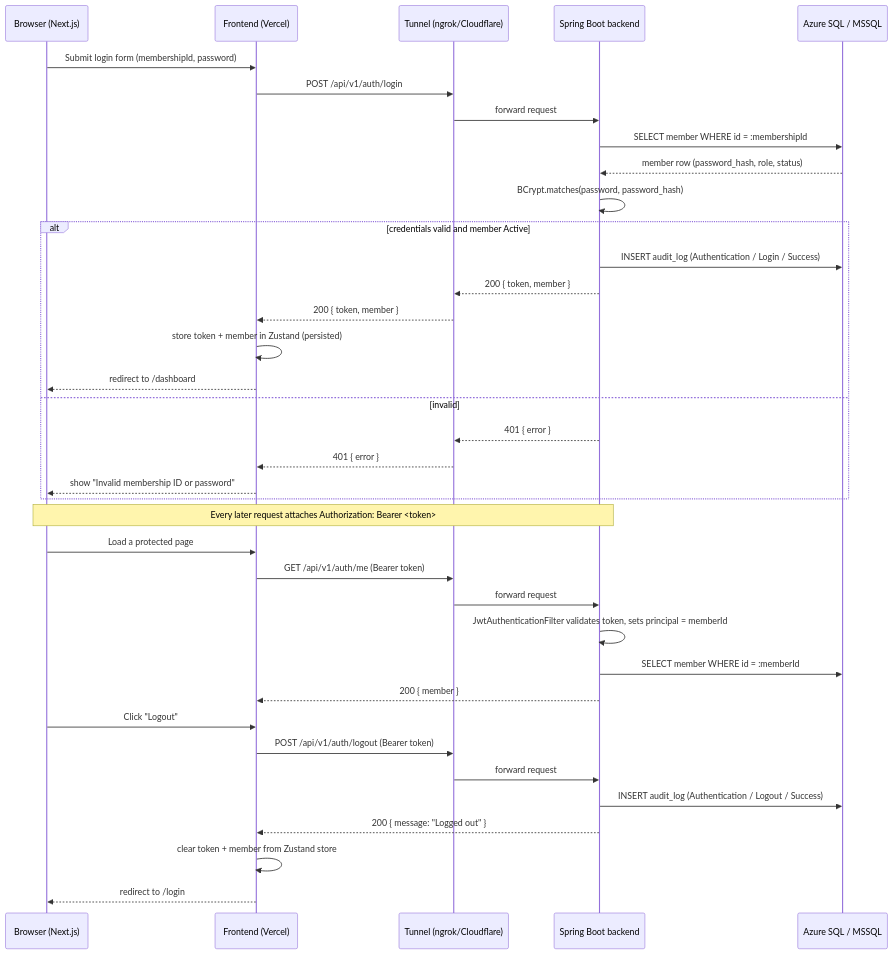
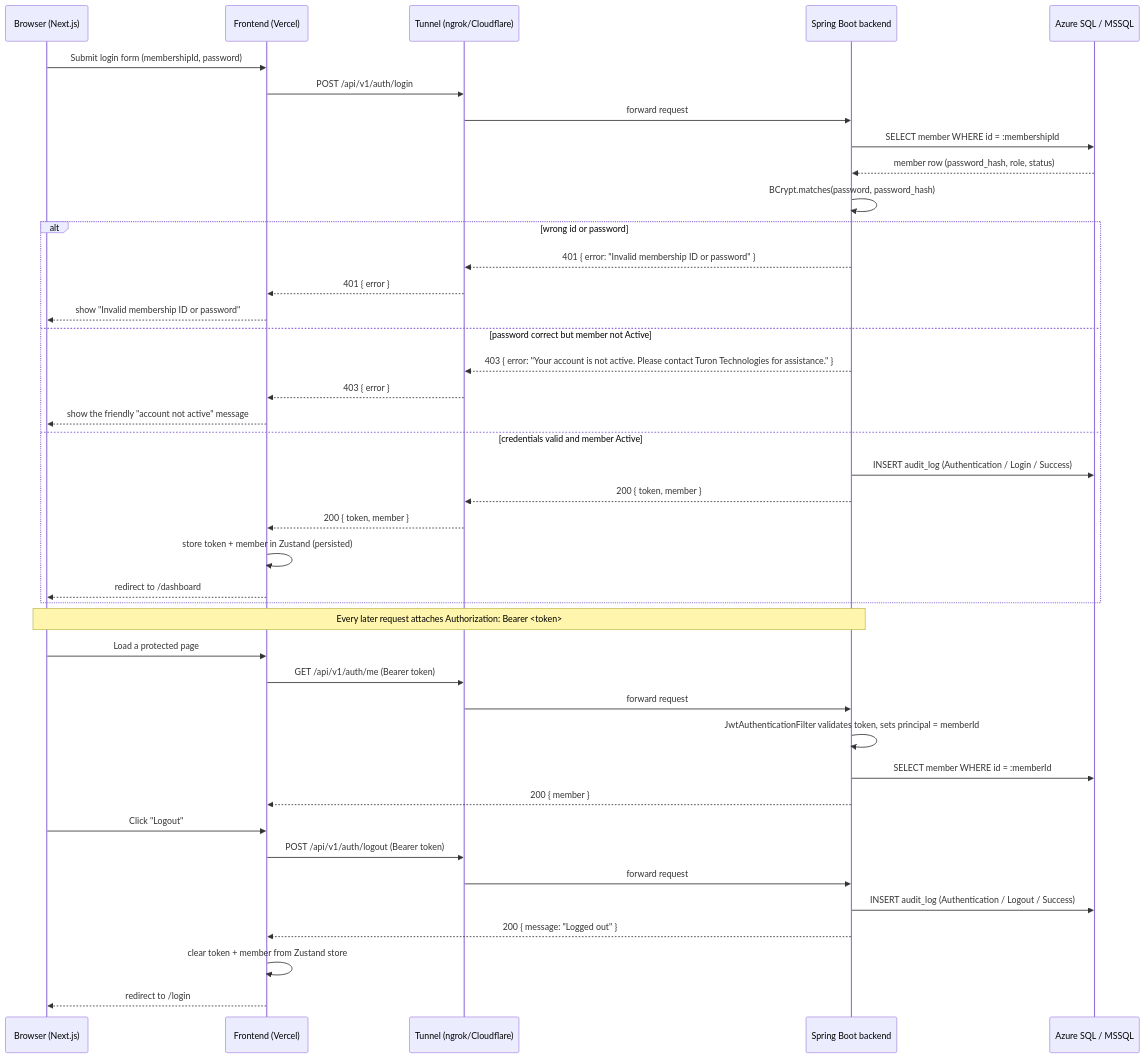
Before and after one commit to turontechnologies/t-coop-backend: the first of 5 diagrams in documentation/flows.md, drawn with Mermaid. The commit also changed other lines of this file and 10 other files, not shown here.

````diff
--- a/documentation/flows.md
+++ b/documentation/flows.md
@@ -9,42 +9,46 @@
 ```mermaid
 sequenceDiagram
     participant U as Browser (Next.js)
     participant F as Frontend (Vercel)
     participant T as Tunnel (ngrok/Cloudflare)
     participant B as Spring Boot backend
     participant DB as Azure SQL / MSSQL
 
     U->>F: Submit login form (membershipId, password)
     F->>T: POST /api/v1/auth/login
     T->>B: forward request
     B->>DB: SELECT member WHERE id = :membershipId
     DB-->>B: member row (password_hash, role, status)
     B->>B: BCrypt.matches(password, password_hash)
-    alt credentials valid and member Active
+    alt wrong id or password
+        B-->>T: 401 { error: "Invalid membership ID or password" }
+        T-->>F: 401 { error }
+        F-->>U: show "Invalid membership ID or password"
+    else password correct but member not Active
+        B-->>T: 403 { error: "Your account is not active. Please contact Turon Technologies for assistance." }
+        T-->>F: 403 { error }
+        F-->>U: show the friendly "account not active" message
+    else credentials valid and member Active
         B->>DB: INSERT audit_log (Authentication / Login / Success)
         B-->>T: 200 { token, member }
         T-->>F: 200 { token, member }
         F->>F: store token + member in Zustand (persisted)
         F-->>U: redirect to /dashboard
-    else invalid
-        B-->>T: 401 { error }
-        T-->>F: 401 { error }
-        F-->>U: show "Invalid membership ID or password"
     end
 
     Note over U,B: Every later request attaches Authorization: Bearer <token>
     U->>F: Load a protected page
     F->>T: GET /api/v1/auth/me (Bearer token)
     T->>B: forward request
     B->>B: JwtAuthenticationFilter validates token, sets principal = memberId
     B->>DB: SELECT member WHERE id = :memberId
     B-->>F: 200 { member }
 
     U->>F: Click "Logout"
     F->>T: POST /api/v1/auth/logout (Bearer token)
     T->>B: forward request
     B->>DB: INSERT audit_log (Authentication / Logout / Success)
     B-->>F: 200 { message: "Logged out" }
     F->>F: clear token + member from Zustand store
     F-->>U: redirect to /login
 ```
````
